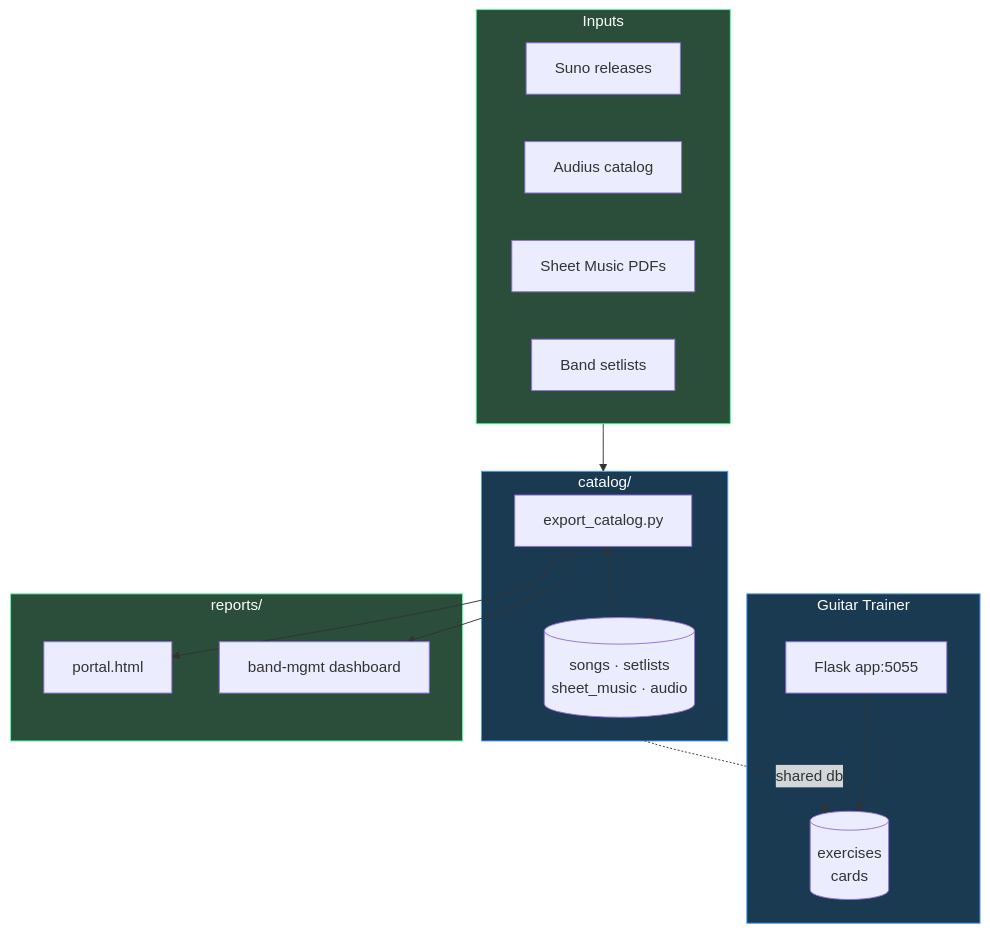
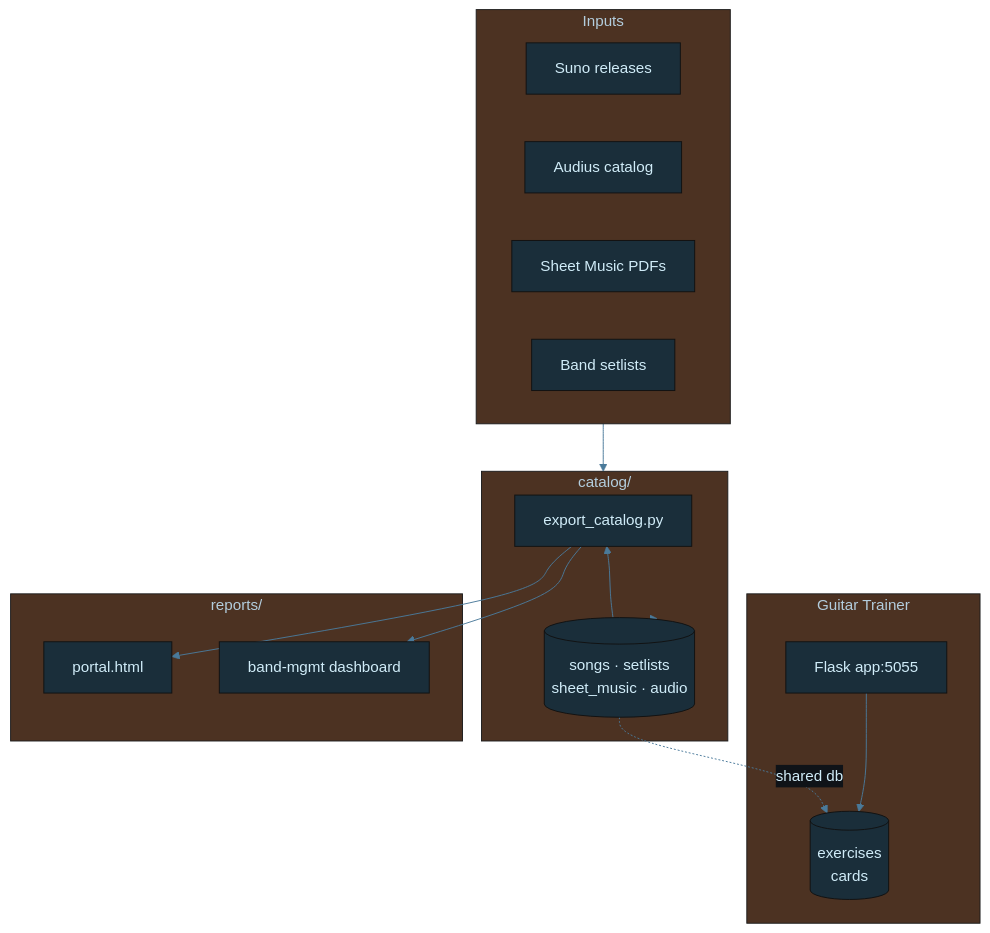
The diagram in diagrams/music-architecture.mmd (tylerdrakemusic/-Workspace), drawn with Mermaid before and after one commit. The commit also changed 18 other files, not shown here.

Commit message:
[auto-commit] style(diagrams): apply STYLE_GUIDE.md palette + theme + legend

```diff
--- a/diagrams/music-architecture.mmd
+++ b/diagrams/music-architecture.mmd
@@ -1,36 +1,39 @@
+%%{init: {'theme': 'base', 'themeVariables': {'primaryColor': '#1a2e3a', 'primaryTextColor': '#d0ecf8', 'edgeLabelBackground': '#0f1318', 'lineColor': '#4a7a9a'}}}%%
 graph TB
     subgraph Inputs
         Suno[Suno releases]
         Audius[Audius catalog]
         SheetMusic[Sheet Music PDFs]
         Setlists[Band setlists]
     end
-
     subgraph Catalog["catalog/"]
         Export[export_catalog.py]
         Songs[(songs · setlists<br/>sheet_music · audio)]
     end
-
     subgraph Trainer["Guitar Trainer"]
         TrainerApp[Flask app:5055]
         TrainerDB[(exercises<br/>cards)]
     end
-
     subgraph Reports["reports/"]
         Portal[portal.html]
         Dash[band-mgmt dashboard]
     end
-
     Inputs --> Catalog
     Catalog --> Songs
     Songs --> Export
     Export --> Portal
     Export --> Dash
     TrainerApp --> TrainerDB
-
     Songs -.shared db.-> TrainerDB
-
-    classDef io fill:#2a4e3a,stroke:#4aff9e,color:#fff
-    classDef core fill:#1a3a52,stroke:#4a9eff,color:#fff
     class Inputs,Reports io
     class Catalog,Trainer core
+
+classDef life     fill:#1a2e3a,stroke:#6ab4d4,color:#d0ecf8
+classDef music    fill:#3a1a24,stroke:#d47a8f,color:#f8d0dc
+classDef quantum  fill:#251a3a,stroke:#a07adf,color:#e8d0f8
+classDef manifest fill:#3a2e1a,stroke:#d4a96a,color:#f8ead0
+classDef ws       fill:#1a3a30,stroke:#6ad4b4,color:#d0f8ee
+classDef tyler    fill:#2a1a3a,stroke:#9e4aff,color:#fff
+classDef ext      fill:#3a2020,stroke:#ff7a7a,color:#ffd0d0
+classDef db       fill:#3a3010,stroke:#d4c050,color:#f8f0c0
+classDef state    fill:#1a1a1a,stroke:#888888,color:#cccccc
```
